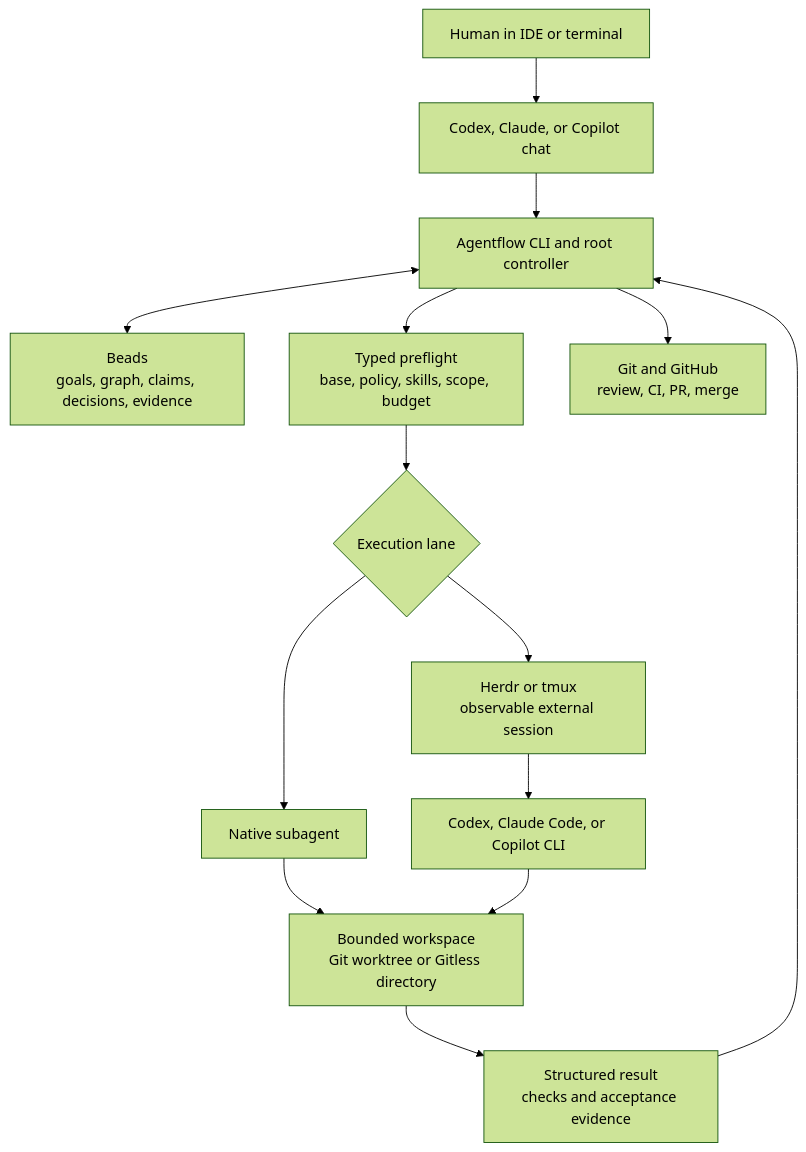
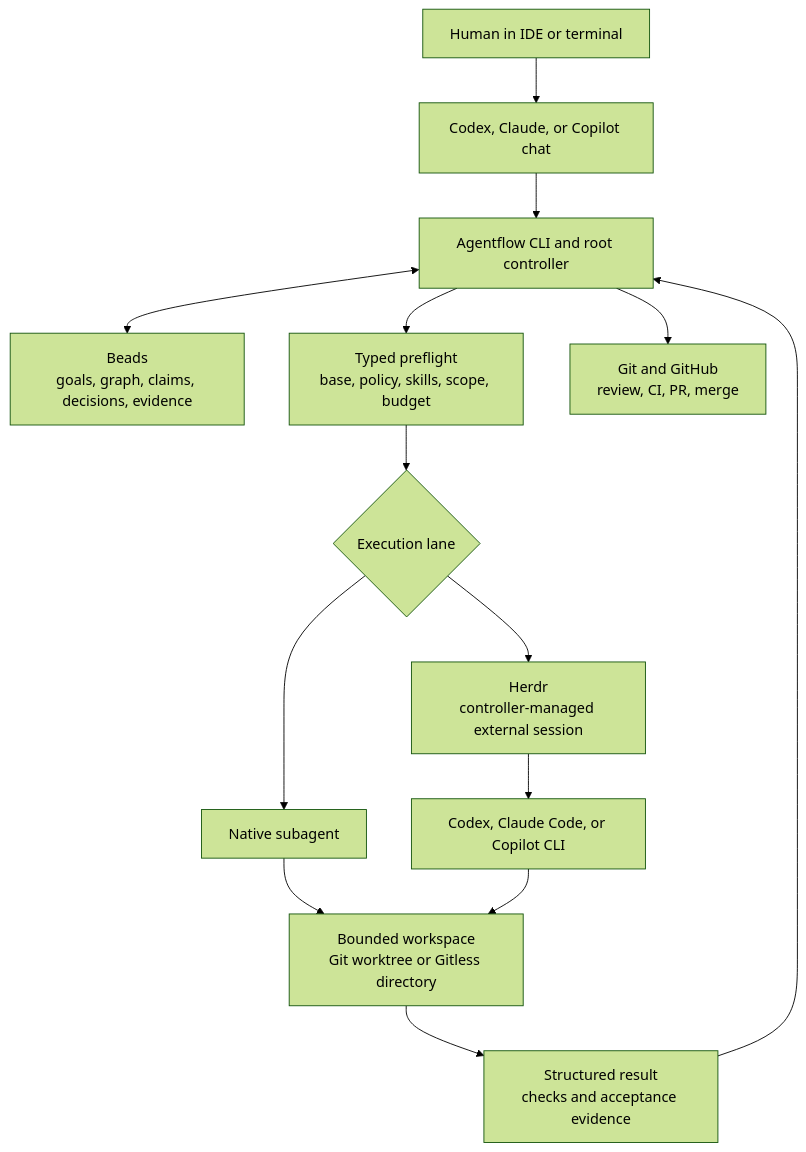
One commit to saintdle/agentflow changed the diagram in README.md. Above: the diagram before and after it, drawn with Mermaid (forest theme). The commit also changed other lines of this file and 3 other files, not shown here.

Commit message:
Clarify controller and manual session tools

````diff
--- a/README.md
+++ b/README.md
@@ -62,20 +62,20 @@
 ```mermaid
 flowchart TB
     Human["Human in IDE or terminal"] --> Chat["Codex, Claude, or Copilot chat"]
     Chat --> AF["Agentflow CLI and root controller"]
 
     AF <--> Beads["Beads<br/>goals, graph, claims, decisions, evidence"]
     AF --> Preflight["Typed preflight<br/>base, policy, skills, scope, budget"]
     Preflight --> Lane{"Execution lane"}
 
     Lane --> Native["Native subagent"]
-    Lane --> Herdr["Herdr or tmux<br/>observable external session"]
+    Lane --> Herdr["Herdr<br/>controller-managed external session"]
     Herdr --> Providers["Codex, Claude Code, or Copilot CLI"]
 
     Native --> Work["Bounded workspace<br/>Git worktree or Gitless directory"]
     Providers --> Work
     Work --> Result["Structured result<br/>checks and acceptance evidence"]
     Result --> AF
 
     AF --> Git["Git and GitHub<br/>review, CI, PR, merge"]
 ```
````
